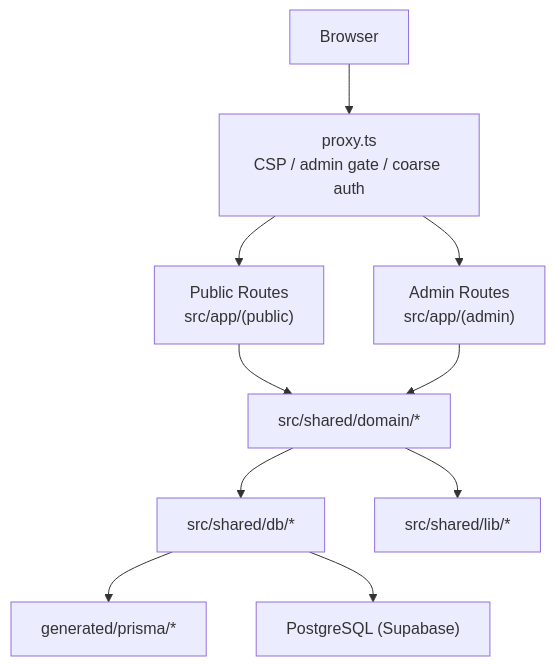
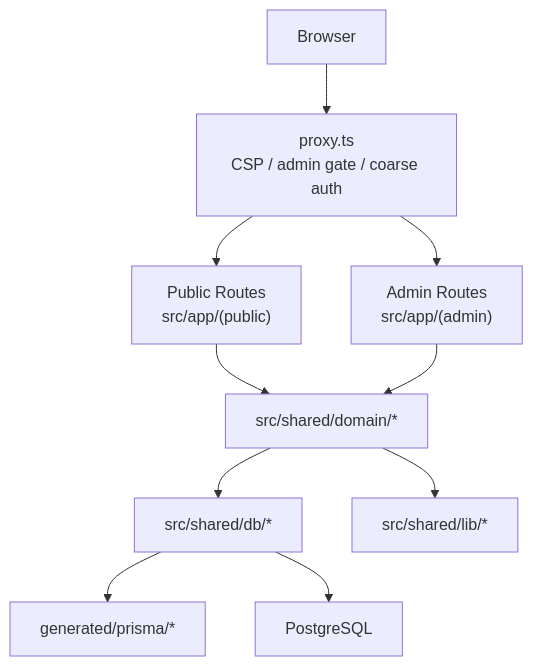
One commit to y2ikgm89/myrrh-rental-space changed the diagram in docs/architecture/ARCHITECTURE.md. Above: the diagram before and after it, drawn with Mermaid. The commit also changed 10 other files, not shown here.

First line of the commit message:
docs: replace Supabase with Cloudflare R2 in architecture/ops/guides

````diff
--- a/docs/architecture/ARCHITECTURE.md
+++ b/docs/architecture/ARCHITECTURE.md
@@ -9,22 +9,22 @@
 ```mermaid
 graph TB
   Browser["Browser"]
   Proxy["proxy.ts<br/>CSP / admin gate / coarse auth"]
   PublicRoutes["Public Routes<br/>src/app/(public)"]
   AdminRoutes["Admin Routes<br/>src/app/(admin)"]
   Domain["src/shared/domain/*"]
   DB["src/shared/db/*"]
   Infra["src/shared/lib/*"]
   PrismaGen["generated/prisma/*"]
-  Postgres["PostgreSQL (Supabase)"]
+  Postgres["PostgreSQL"]
 
   Browser --> Proxy
   Proxy --> PublicRoutes
   Proxy --> AdminRoutes
   PublicRoutes --> Domain
   AdminRoutes --> Domain
   Domain --> DB
   Domain --> Infra
   DB --> PrismaGen
   DB --> Postgres
 ```
````
